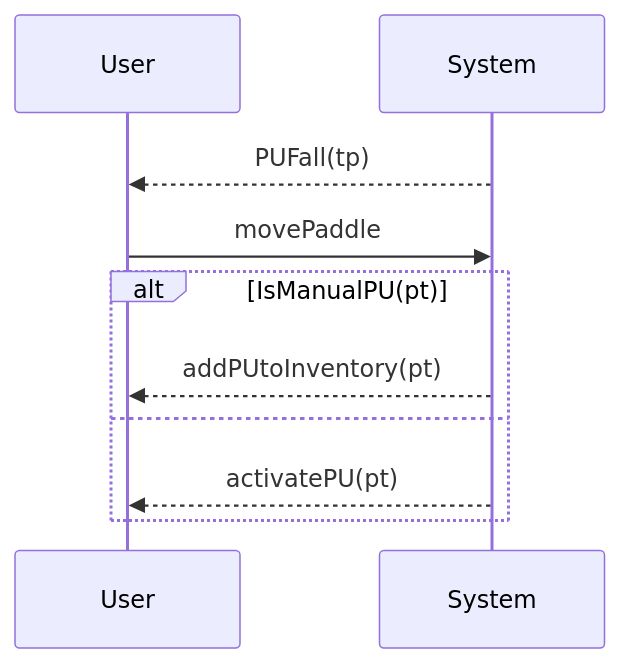
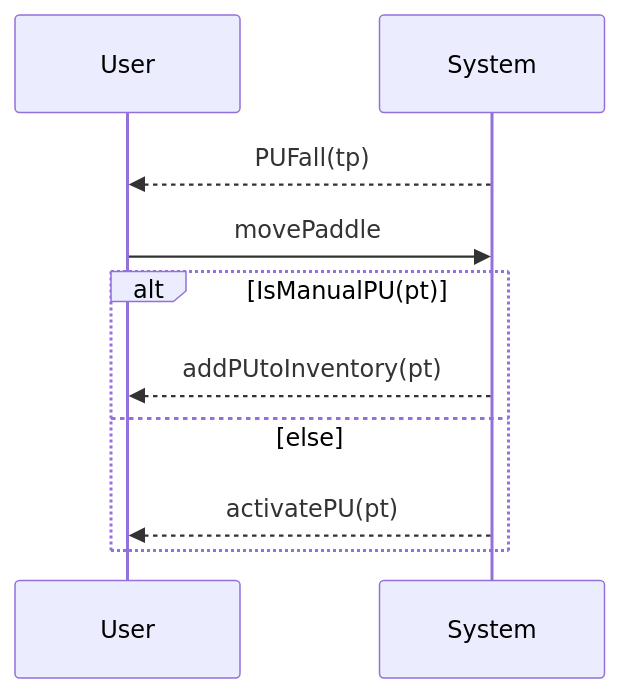
The diagram in system-sequence-diagrams/Get_Power-Up_System_Sequence_Diagram.md (Shamdan17/Bricking_Bad), drawn with Mermaid before and after one commit.

````diff
--- a/system-sequence-diagrams/Get_Power-Up_System_Sequence_Diagram.md
+++ b/system-sequence-diagrams/Get_Power-Up_System_Sequence_Diagram.md
@@ -3,12 +3,12 @@
 ```mermaid
 sequenceDiagram
 participant User
 participant System
 System-->>User: PUFall(tp)
 User->> System: movePaddle
 alt IsManualPU(pt)
 	System-->>User: addPUtoInventory(pt)
-else 
+else else
 	System-->>User: activatePU(pt)
 end
 ```
````
